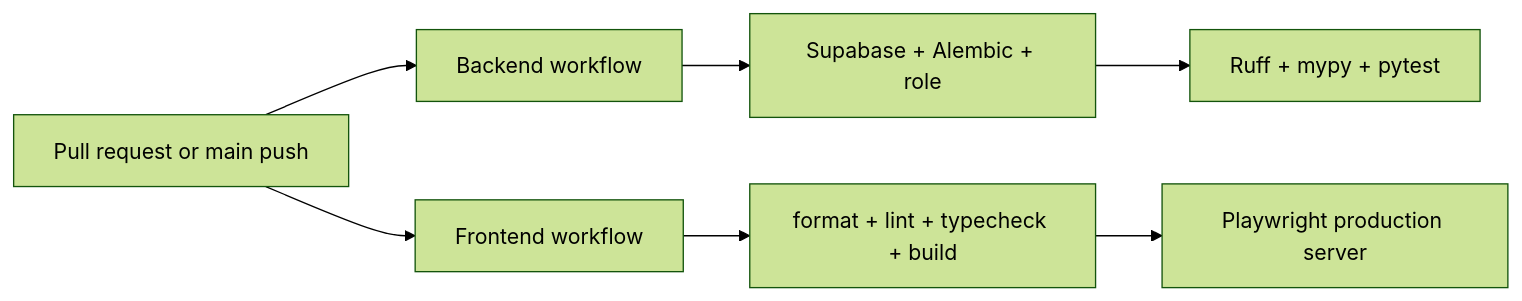
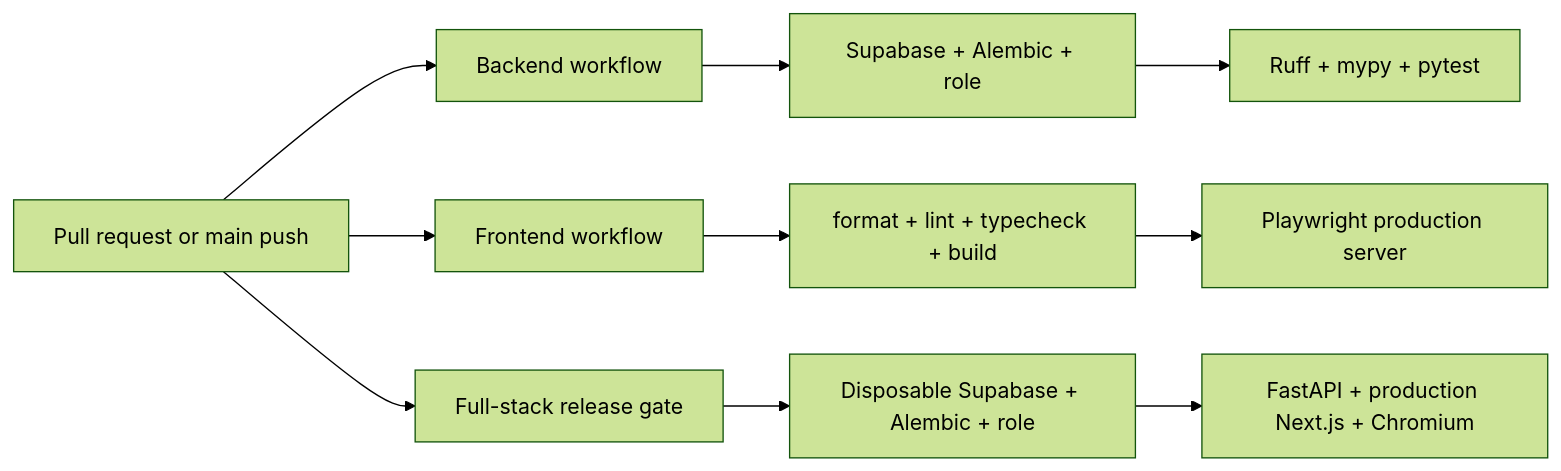
The diagram in docs/architecture/16-testing-architecture.md (jayeuse/openslate), drawn with Mermaid (forest theme) before and after one commit. The commit also changed other lines of this file and 89 other files, not shown here.

````diff
--- a/docs/architecture/16-testing-architecture.md
+++ b/docs/architecture/16-testing-architecture.md
@@ -182,9 +150,12 @@
 ```mermaid
 flowchart LR
     PR[Pull request or main push] --> B[Backend workflow]
     PR --> F[Frontend workflow]
+    PR --> S[Full-stack release gate]
     B --> BI[Supabase + Alembic + role]
     BI --> BC[Ruff + mypy + pytest]
     F --> FC[format + lint + typecheck + build]
     FC --> FE[Playwright production server]
+    S --> SS[Disposable Supabase + Alembic + role]
+    SS --> SA[FastAPI + production Next.js + Chromium]
 ```
````
